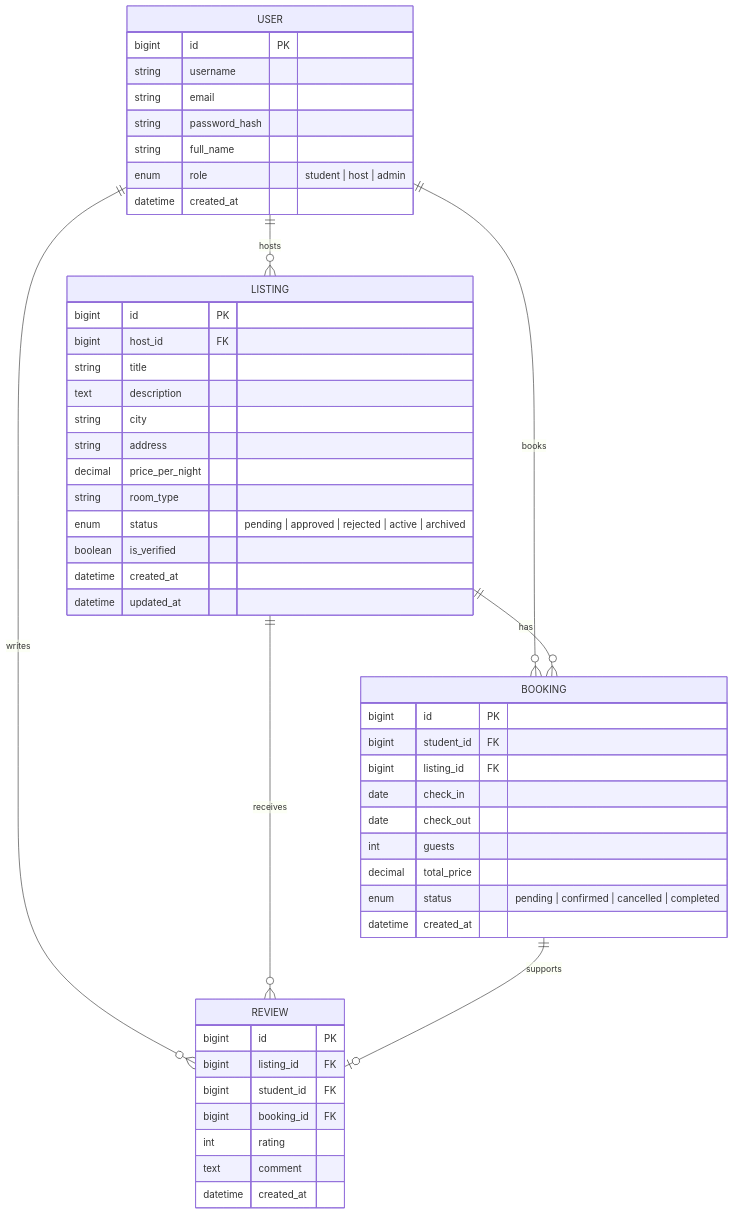
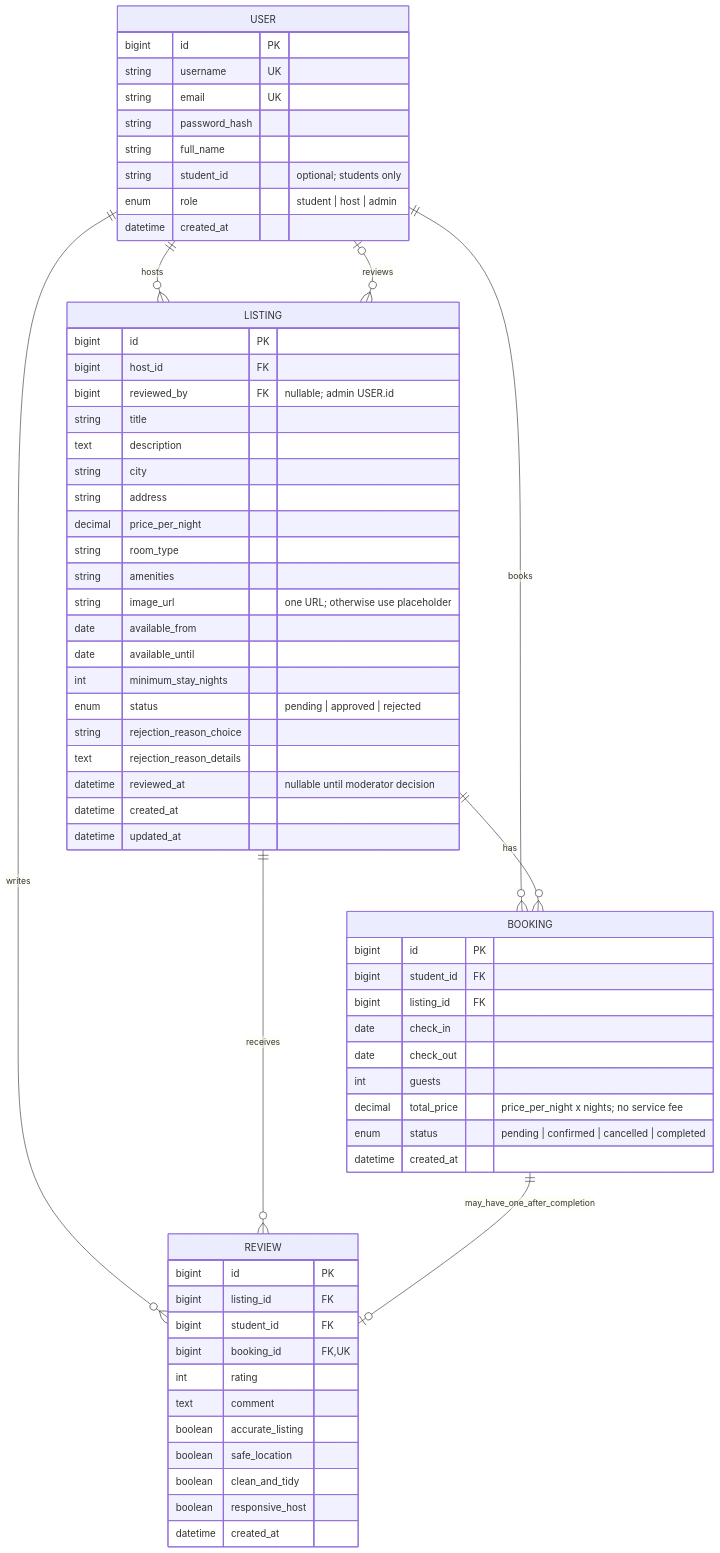
The diagram in docs/report.md (CosmicDreamer21/comp3613a1), drawn with Mermaid before and after one commit. The commit also changed other lines of this file and 7 other files, not shown here.

Commit message:
Polished and redid phase 4, went a little less in depth also made a change to my wire frames so the erd and use case diagrams needed tweaking, prompted the agent to edit all with the newly polished wireframes

````diff
--- a/docs/report.md
+++ b/docs/report.md
@@ -35,56 +35,70 @@
 ```mermaid
 erDiagram
     USER ||--o{ LISTING : hosts
+    USER o|--o{ LISTING : reviews
     USER ||--o{ BOOKING : books
     USER ||--o{ REVIEW : writes
     LISTING ||--o{ BOOKING : has
     LISTING ||--o{ REVIEW : receives
-    BOOKING ||--o| REVIEW : supports
+    BOOKING ||--o| REVIEW : may_have_one_after_completion
 
     USER {
       bigint id PK
-      string username
-      string email
+      string username UK
+      string email UK
       string password_hash
       string full_name
+      string student_id "optional; students only"
       enum role "student | host | admin"
       datetime created_at
     }
 
     LISTING {
       bigint id PK
       bigint host_id FK
+      bigint reviewed_by FK "nullable; admin USER.id"
       string title
       text description
       string city
       string address
       decimal price_per_night
       string room_type
-      enum status "pending | approved | rejected | active | archived"
-      boolean is_verified
+      string amenities
+      string image_url "one URL; otherwise use placeholder"
+      date available_from
+      date available_until
+      int minimum_stay_nights
+      enum status "pending | approved | rejected"
+      string rejection_reason_choice
+      text rejection_reason_details
+      datetime reviewed_at "nullable until moderator decision"
       datetime created_at
       datetime updated_at
     }
 
     BOOKING {
       bigint id PK
       bigint student_id FK
       bigint listing_id FK
       date check_in
       date check_out
       int guests
-      decimal total_price
+      decimal total_price "price_per_night x nights; no service fee"
       enum status "pending | confirmed | cancelled | completed"
       datetime created_at
     }
 
     REVIEW {
       bigint id PK
       bigint listing_id FK
       bigint student_id FK
-      bigint booking_id FK
+      bigint booking_id FK, UK
       int rating
       text comment
+      boolean accurate_listing
+      boolean safe_location
+      boolean clean_and_tidy
+      boolean responsive_host
       datetime created_at
     }
 ```
````
